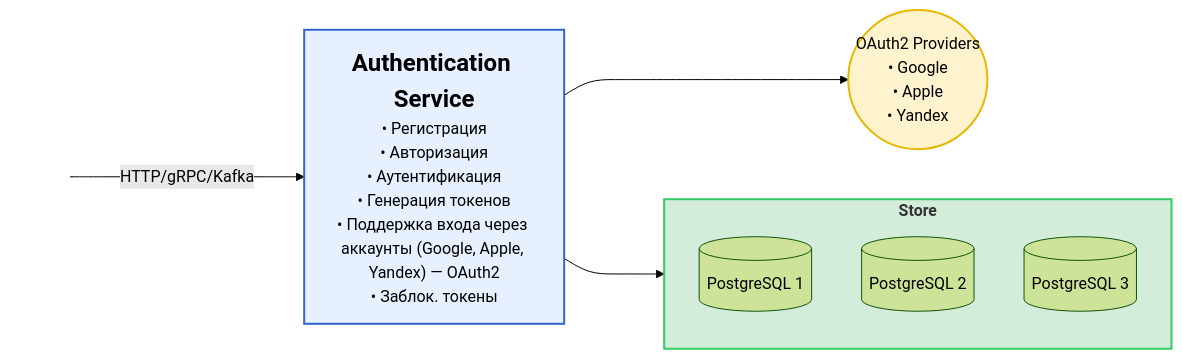
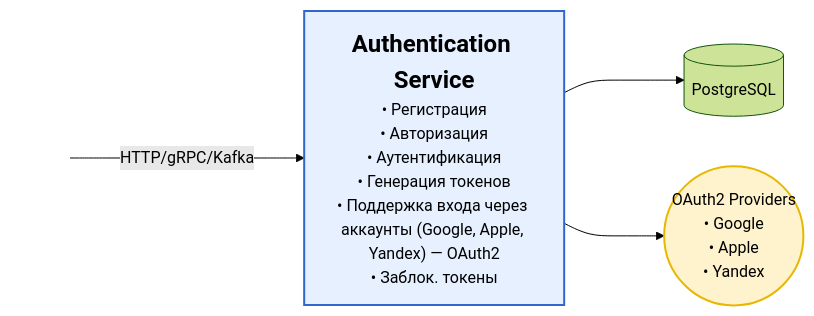
The second of 5 diagrams in architecture.md (KmnPetr/SysDesign), drawn with Mermaid (forest theme) before and after one commit. The commit also changed other lines of this file, not shown here.

````diff
--- a/architecture.md
+++ b/architecture.md
@@ -30,22 +31,16 @@
 ```mermaid
 graph LR
     INVISIBLE["     "]
     AUTH["<b><font size='5'>Authentication Service</font></b><br/>• Регистрация<br/>• Авторизация<br/>• Аутентификация<br/>• Генерация токенов<br/>• Поддержка входа через аккаунты (Google, Apple, Yandex) — OAuth2<br/>• Заблок. токены"]
     
-    subgraph STORE["<b>Store</b>"]
-        direction TB
-        POSTGRES1[(PostgreSQL 1)]
-        POSTGRES2[(PostgreSQL 2)]
-        POSTGRES3[(PostgreSQL 3)]
-    end
+    PG[(PostgreSQL)]
     OAUTH(("OAuth2 Providers<br/>• Google<br/>• Apple<br/>• Yandex"))
 
     INVISIBLE --->|HTTP/gRPC/Kafka| AUTH
-    AUTH ---> STORE
+    AUTH ---> PG
      AUTH ---> OAUTH
 
     style INVISIBLE fill:transparent,stroke-width:0
     style AUTH fill:#e6f0ff,stroke:#3366cc,stroke-width:2px
     style OAUTH fill:#fff3cd,stroke:#e6b800,stroke-width:2px
-    style STORE fill:#d4edda,stroke:#33cc66,stroke-width:2px
 ```
````
